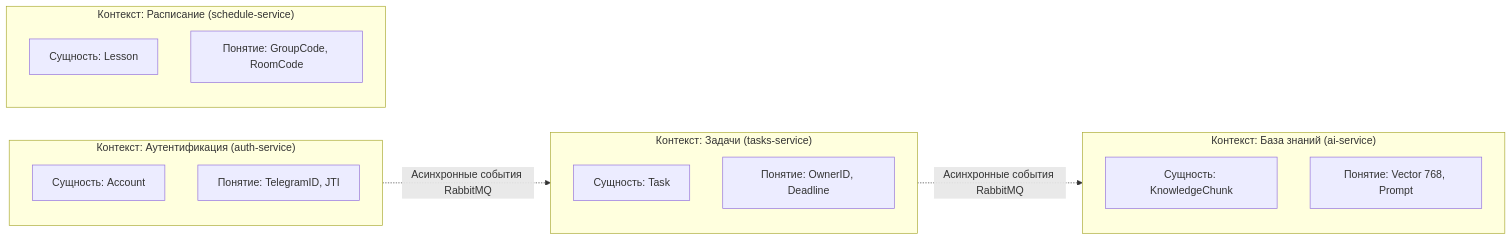
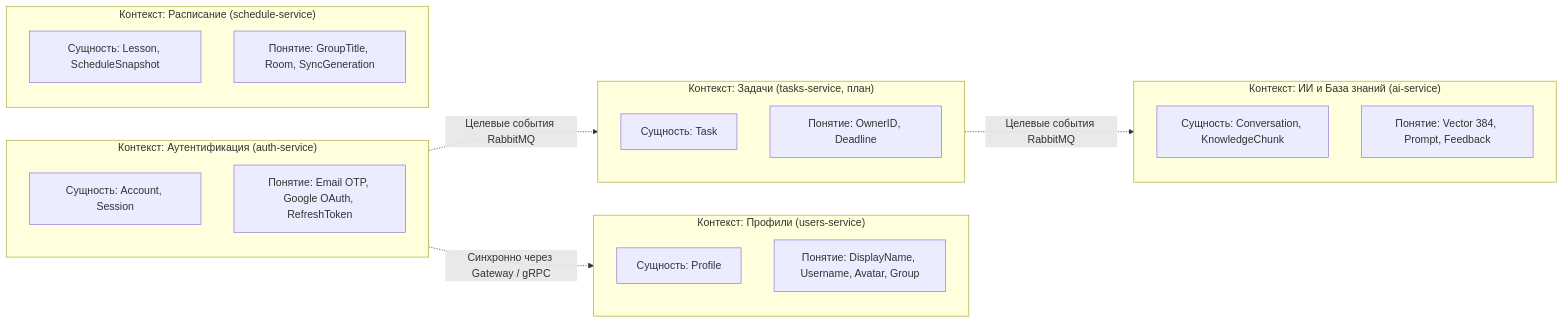
Before and after one commit to orbit-polytech/orbit-docs: the diagram in docs/explanation/ddd-overview.md, drawn with Mermaid. The commit also changed other lines of this file and 74 other files, not shown here.

````diff
--- a/docs/explanation/ddd-overview.md
+++ b/docs/explanation/ddd-overview.md
@@ -14,29 +14,36 @@
 ```mermaid
 flowchart LR
     subgraph AuthContext ["Контекст: Аутентификация (auth-service)"]
         direction TB
-        A1["Сущность: Account"]
-        A2["Понятие: TelegramID, JTI"]
+        A1["Сущность: Account, Session"]
+        A2["Понятие: Email OTP, Google OAuth, RefreshToken"]
     end
 
-    subgraph TasksContext ["Контекст: Задачи (tasks-service)"]
+    subgraph UsersContext ["Контекст: Профили (users-service)"]
+        direction TB
+        U1["Сущность: Profile"]
+        U2["Понятие: DisplayName, Username, Avatar, Group"]
+    end
+
+    subgraph ScheduleContext ["Контекст: Расписание (schedule-service)"]
+        direction TB
+        S1["Сущность: Lesson, ScheduleSnapshot"]
+        S2["Понятие: GroupTitle, Room, SyncGeneration"]
+    end
+
+    subgraph AIContext ["Контекст: ИИ и База знаний (ai-service)"]
+        direction TB
+        AI1["Сущность: Conversation, KnowledgeChunk"]
+        AI2["Понятие: Vector 384, Prompt, Feedback"]
+    end
+
+    subgraph TasksContext ["Контекст: Задачи (tasks-service, план)"]
         direction TB
         T1["Сущность: Task"]
         T2["Понятие: OwnerID, Deadline"]
     end
 
-    subgraph ScheduleContext ["Контекст: Расписание (schedule-service)"]
-        direction TB
-        S1["Сущность: Lesson"]
-        S2["Понятие: GroupCode, RoomCode"]
-    end
-
-    subgraph AIContext ["Контекст: База знаний (ai-service)"]
-        direction TB
-        AI1["Сущность: KnowledgeChunk"]
-        AI2["Понятие: Vector 768, Prompt"]
-    end
-
-    AuthContext -.->|"Асинхронные события RabbitMQ"| TasksContext
-    TasksContext -.->|"Асинхронные события RabbitMQ"| AIContext
+    AuthContext -.->|"Синхронно через Gateway / gRPC"| UsersContext
+    AuthContext -.->|"Целевые события RabbitMQ"| TasksContext
+    TasksContext -.->|"Целевые события RabbitMQ"| AIContext
 ```
````
